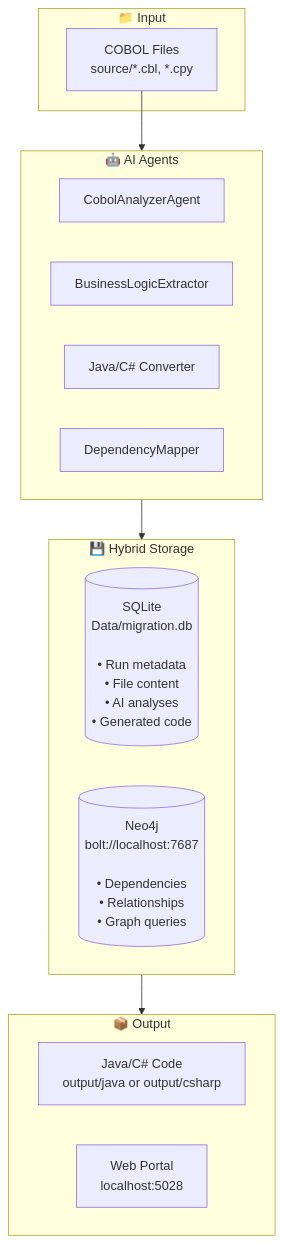
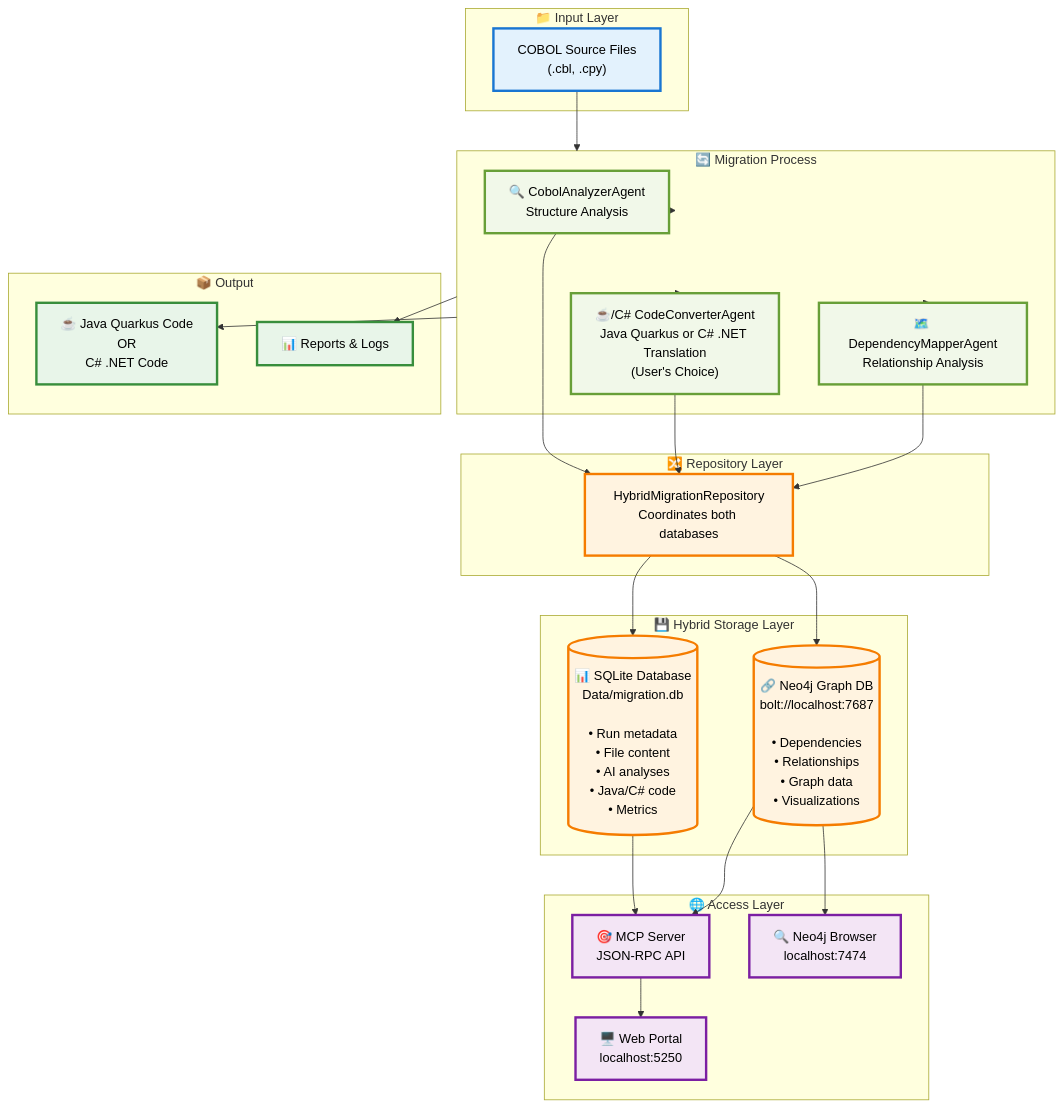
Before and after one commit to Azure-Samples/Legacy-Modernization-Agents: the first of 4 diagrams in README.md, drawn with Mermaid. The commit also changed other lines of this file and 90 other files, not shown here.

````diff
--- a/README.md
+++ b/README.md
@@ -443,27 +689,65 @@
 ```mermaid
 flowchart TB
-    subgraph INPUT["📁 Input"]
-        COBOL["COBOL Files<br/>source/*.cbl, *.cpy"]
+    subgraph INPUT["📁 Input Layer"]
+        COBOL["COBOL Source Files<br/>(.cbl, .cpy)"]
     end
     
-    subgraph AGENTS["🤖 AI Agents"]
-        ANALYZER["CobolAnalyzerAgent"]
-        EXTRACTOR["BusinessLogicExtractor"]
-        CONVERTER["Java/C# Converter"]
-        MAPPER["DependencyMapper"]
+    subgraph PROCESS["🔄 Migration Process"]
+        ANALYZER["🔍 CobolAnalyzerAgent<br/>Structure Analysis"]
+        CONVERTER["☕/C# CodeConverterAgent<br/>Java Quarkus or C# .NET Translation<br/>(User's Choice)"]
+        MAPPER["🗺️ DependencyMapperAgent<br/>Relationship Analysis"]
     end
     
-    subgraph STORAGE["💾 Hybrid Storage"]
-        SQLITE[("SQLite<br/>Data/migration.db<br/><br/>• Run metadata<br/>• File content<br/>• AI analyses<br/>• Generated code")]
-        NEO4J[("Neo4j<br/>bolt://localhost:7687<br/><br/>• Dependencies<br/>• Relationships<br/>• Graph queries")]
+    subgraph STORAGE["💾 Hybrid Storage Layer"]
+        SQLITE[("📊 SQLite Database<br/>Data/migration.db<br/><br/>• Run metadata<br/>• File content<br/>• AI analyses<br/>• Java/C# code<br/>• Metrics")]
+        NEO4J[("🔗 Neo4j Graph DB<br/>bolt://localhost:7687<br/><br/>• Dependencies<br/>• Relationships<br/>• Graph data<br/>• Visualizations")]
+    end
+    
+    subgraph REPO["🔀 Repository Layer"]
+        HYBRID["HybridMigrationRepository<br/>Coordinates both databases"]
+    end
+    
+    subgraph ACCESS["🌐 Access Layer"]
+        MCP["🎯 MCP Server<br/>JSON-RPC API"]
+        PORTAL["🖥️ Web Portal<br/>localhost:5250"]
+        BROWSER["🔍 Neo4j Browser<br/>localhost:7474"]
     end
     
     subgraph OUTPUT["📦 Output"]
-        CODE["Java/C# Code<br/>output/java or output/csharp"]
-        PORTAL["Web Portal<br/>localhost:5028"]
+        JAVA["☕ Java Quarkus Code<br/>OR<br/>C# .NET Code"]
+        REPORTS["📊 Reports & Logs"]
     end
     
-    COBOL --> AGENTS
-    AGENTS --> STORAGE
-    STORAGE --> OUTPUT
+    COBOL --> PROCESS
+    PROCESS --> ANALYZER
+    PROCESS --> CONVERTER
+    PROCESS --> MAPPER
+    
+    ANALYZER --> HYBRID
+    CONVERTER --> HYBRID
+    MAPPER --> HYBRID
+    
+    HYBRID --> SQLITE
+    HYBRID --> NEO4J
+    
+    SQLITE --> MCP
+    NEO4J --> MCP
+    NEO4J --> BROWSER
+    
+    MCP --> PORTAL
+    
+    PROCESS --> JAVA
+    PROCESS --> REPORTS
+    
+    classDef inputStyle fill:#e3f2fd,stroke:#1976d2,stroke-width:3px,color:#000
+    classDef processStyle fill:#f1f8e9,stroke:#689f38,stroke-width:3px,color:#000
+    classDef storageStyle fill:#fff3e0,stroke:#f57c00,stroke-width:3px,color:#000
+    classDef accessStyle fill:#f3e5f5,stroke:#7b1fa2,stroke-width:3px,color:#000
+    classDef outputStyle fill:#e8f5e9,stroke:#388e3c,stroke-width:3px,color:#000
+    
+    class COBOL inputStyle
+    class ANALYZER,CONVERTER,MAPPER processStyle
+    class SQLITE,NEO4J,HYBRID storageStyle
+    class MCP,PORTAL,BROWSER accessStyle
+    class JAVA,REPORTS outputStyle
 ```
````
